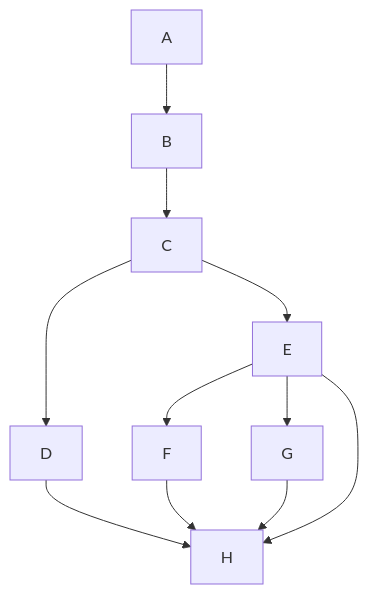
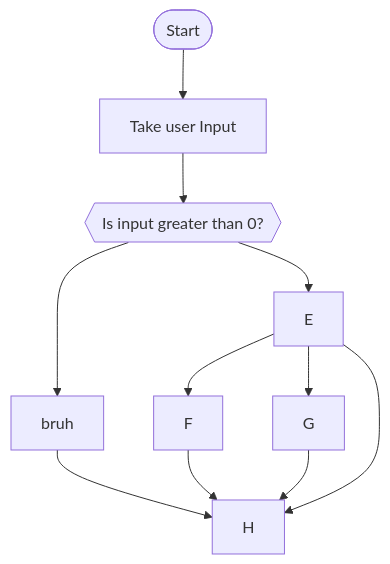
One commit to HokoraYinphineMPP/obsidian-git-sync changed the diagram in CSE 2010-12(83648)/2022-09-07 - C++ Control Flow with if-else statements.md. Above: the diagram before and after it, drawn with Mermaid.

Commit message:
vault backup: 2022-09-07 18:07:41

````diff
--- a/CSE 2010-12(83648)/2022-09-07 - C++ Control Flow with if-else statements.md
+++ b/CSE 2010-12(83648)/2022-09-07 - C++ Control Flow with if-else statements.md
@@ -83,13 +83,13 @@
 ```mermaid
 graph TD;
-    A-->B;
-    B-->C;
-    C-->D;
+    A([Start])-->B;
+    B[Take user Input]-->C;
+    C{{Is input greater than 0?}}-->D;
     C-->E;
     E-->F;
     E-->G;
     F-->H;
     E-->H;
-    D-->H;
+    D[bruh]-->H;
     G-->H;
 ```
````
